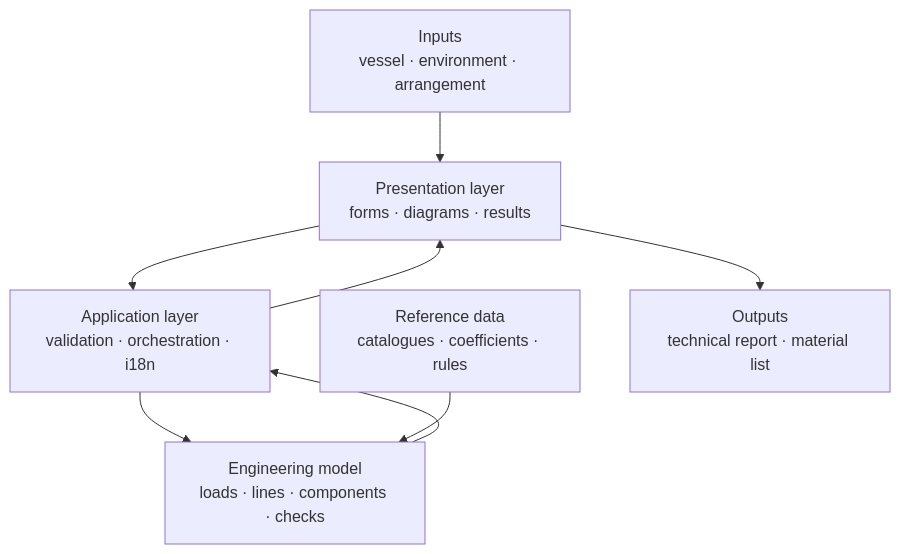
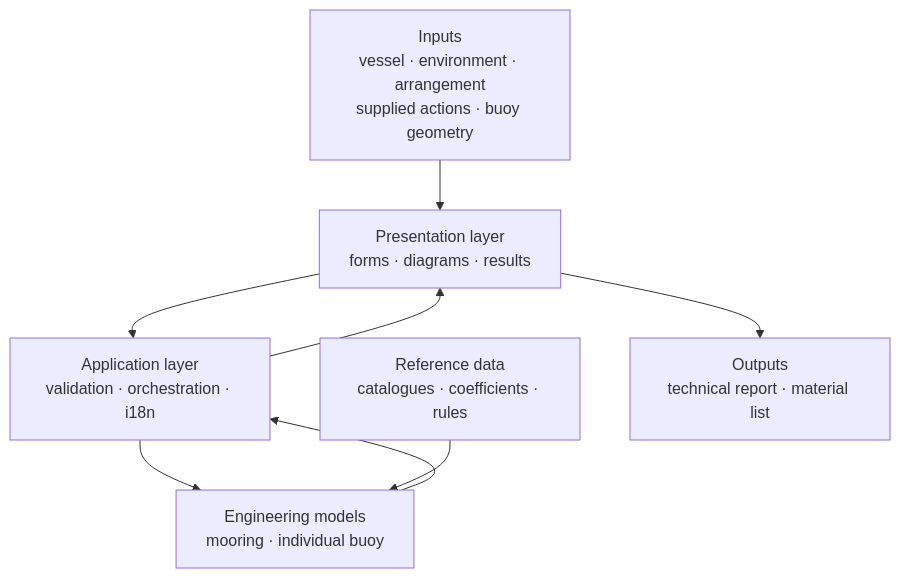
The diagram in docs/ARCHITECTURE.md (gabichuuuuu/nautic-analytics-showcase), drawn with Mermaid before and after one commit. The commit also changed other lines of this file and 3 other files, not shown here.

````diff
--- a/docs/ARCHITECTURE.md
+++ b/docs/ARCHITECTURE.md
@@ -5,17 +7,17 @@
 ```mermaid
 flowchart TB
-    INPUTS[Inputs<br/>vessel · environment · arrangement]
+    INPUTS[Inputs<br/>vessel · environment · arrangement<br/>supplied actions · buoy geometry]
     UI[Presentation layer<br/>forms · diagrams · results]
     API[Application layer<br/>validation · orchestration · i18n]
-    MODEL[Engineering model<br/>loads · lines · components · checks]
+    MODEL[Engineering models<br/>mooring · individual buoy]
     CATALOG[Reference data<br/>catalogues · coefficients · rules]
     REPORTS[Outputs<br/>technical report · material list]
 
     INPUTS --> UI
     UI --> API
     API --> MODEL
     CATALOG --> MODEL
     MODEL --> API
     API --> UI
     UI --> REPORTS
 ```
````
